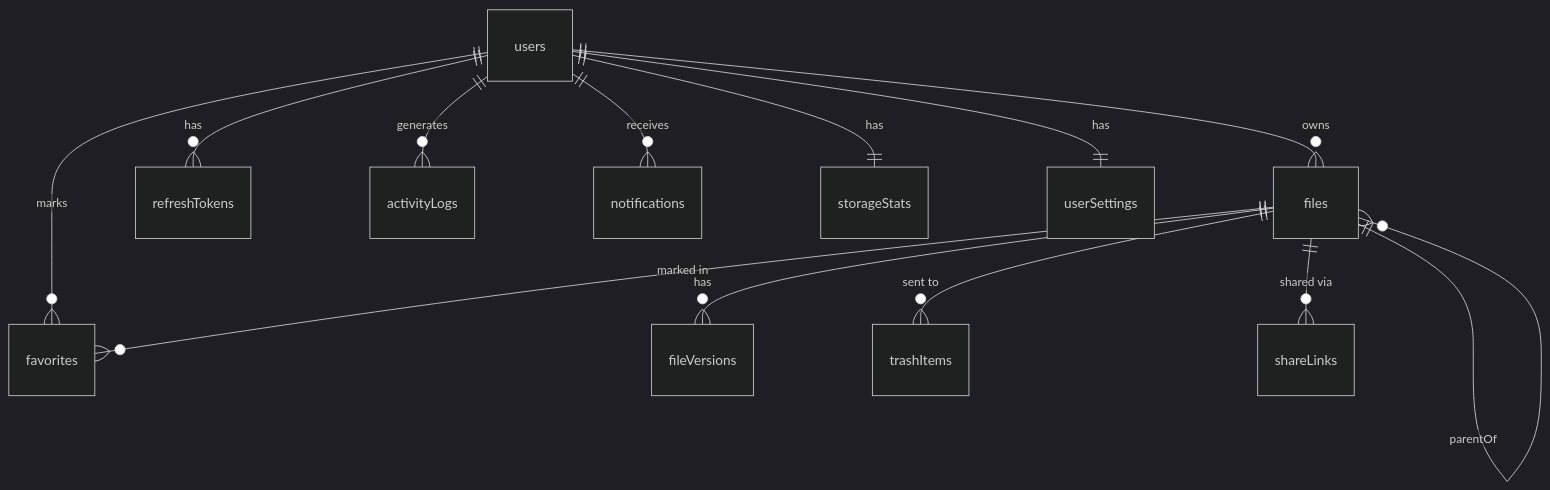
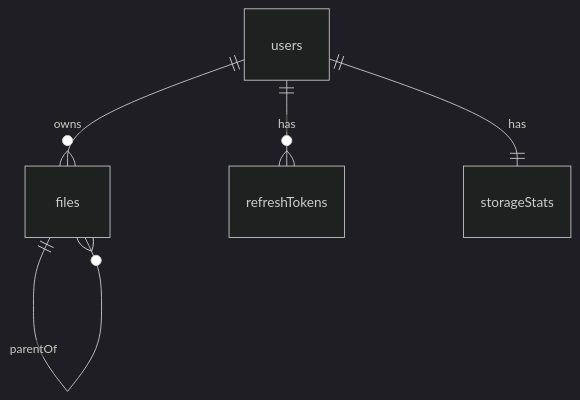
One commit to Pritpan/FileEx-Cloud-Storage-plus-local-managment changed the diagram in docs/DATABASE_DESIGN.md. Above: the diagram before and after it, drawn with Mermaid (dark theme). The commit also changed other lines of this file and 6 other files, not shown here.

````diff
--- a/docs/DATABASE_DESIGN.md
+++ b/docs/DATABASE_DESIGN.md
@@ -20,19 +20,8 @@
 ```mermaid
 erDiagram
     users ||--o{ files : "owns"
     users ||--o{ refreshTokens : "has"
-    users ||--o{ activityLogs : "generates"
-    users ||--o{ favorites : "marks"
-    users ||--o{ notifications : "receives"
     users ||--|| storageStats : "has"
-    users ||--|| userSettings : "has"
 
     files ||--o{ files : "parentOf"
-
-    files ||--o{ fileVersions : "has"
-    files ||--o{ favorites : "marked in"
-    files ||--o{ trashItems : "sent to"
-    files ||--o{ shareLinks : "shared via"
-
-
 ```
````
